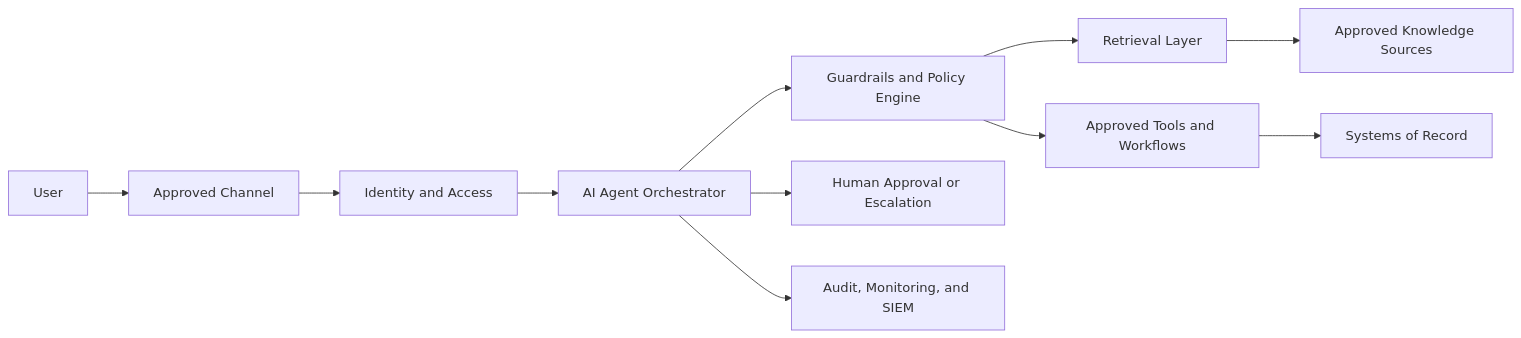
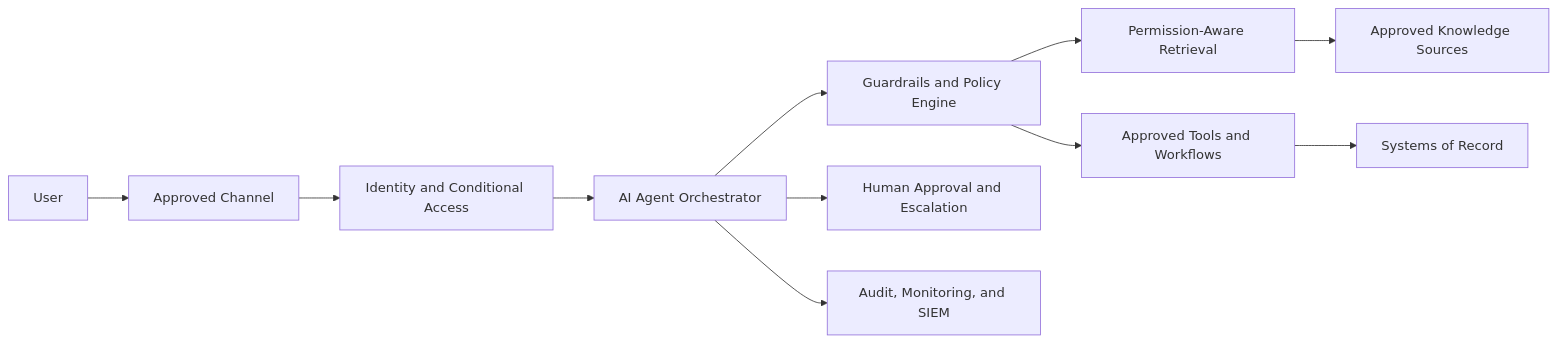
Before and after one commit to jdmc-services/enterprise-ai-agent-readiness: the diagram in 02-architecture/reference-architecture.md, drawn with Mermaid. The commit also changed other lines of this file and 35 other files, not shown here.

````diff
--- a/02-architecture/reference-architecture.md
+++ b/02-architecture/reference-architecture.md
@@ -7,13 +9,13 @@
 ```mermaid
 flowchart LR
     U[User] --> C[Approved Channel]
-    C --> I[Identity and Access]
+    C --> I[Identity and Conditional Access]
     I --> A[AI Agent Orchestrator]
     A --> G[Guardrails and Policy Engine]
-    G --> R[Retrieval Layer]
+    G --> R[Permission-Aware Retrieval]
     R --> K[Approved Knowledge Sources]
     G --> T[Approved Tools and Workflows]
     T --> S[Systems of Record]
-    A --> H[Human Approval or Escalation]
+    A --> H[Human Approval and Escalation]
     A --> L[Audit, Monitoring, and SIEM]
 ```
````
